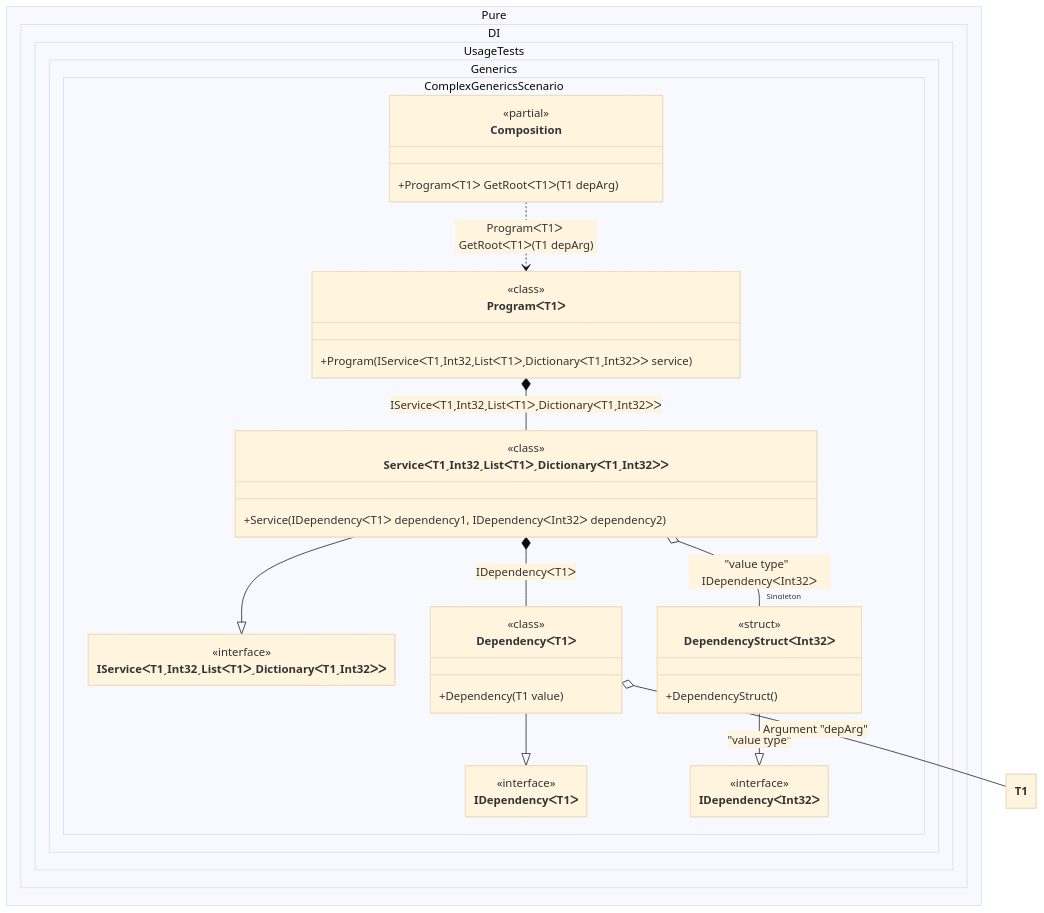
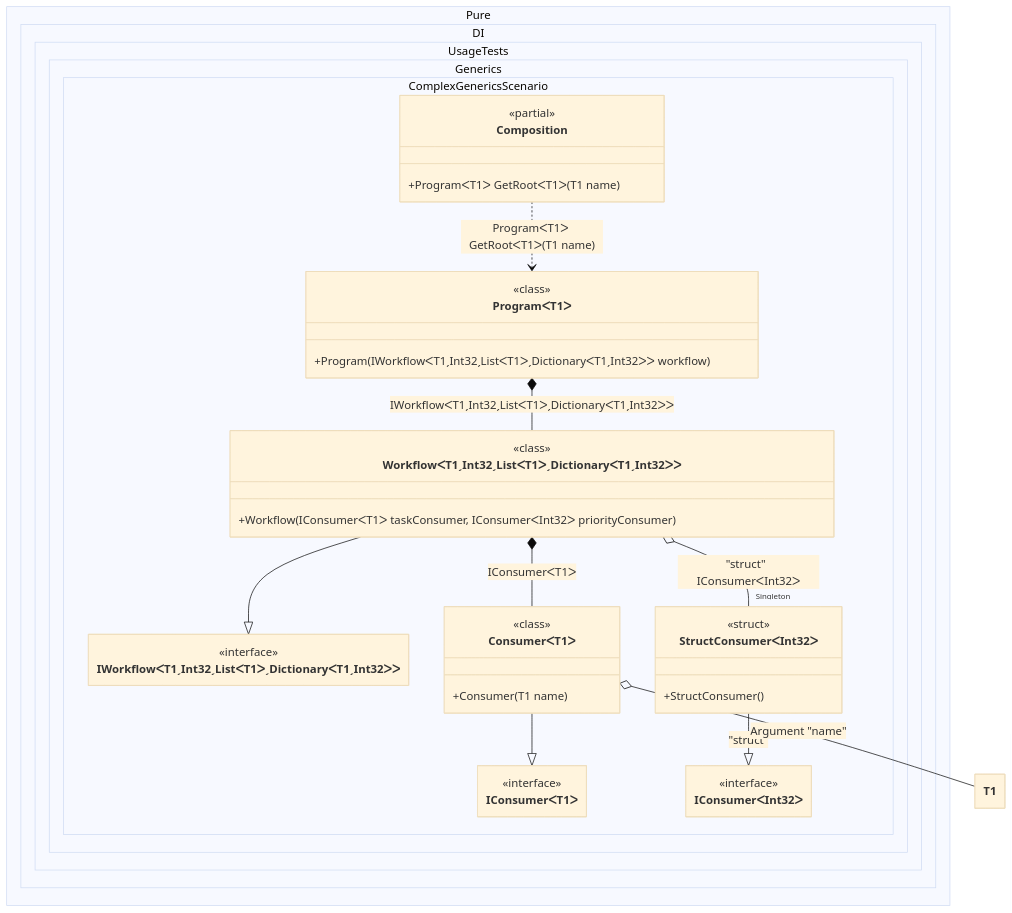
One commit to DevTeam/Pure.DI changed the diagram in readme/complex-generics.md. Above: the diagram before and after it, drawn with Mermaid (base theme). The commit also changed other lines of this file and 126 other files, not shown here.

````diff
--- a/readme/complex-generics.md
+++ b/readme/complex-generics.md
@@ -150,49 +150,49 @@
 ```mermaid
 ---
  config:
   maxTextSize: 2147483647
   maxEdges: 2147483647
   class:
    hideEmptyMembersBox: true
 ---
 classDiagram
-	ServiceᐸT1ˏInt32ˏListᐸT1ᐳˏDictionaryᐸT1ˏInt32ᐳᐳ --|> IServiceᐸT1ˏInt32ˏListᐸT1ᐳˏDictionaryᐸT1ˏInt32ᐳᐳ
-	DependencyᐸT1ᐳ --|> IDependencyᐸT1ᐳ
-	DependencyStructᐸInt32ᐳ --|> IDependencyᐸInt32ᐳ : "value type" 
-	Composition ..> ProgramᐸT1ᐳ : ProgramᐸT1ᐳ GetRootᐸT1ᐳ(T1 depArg)
-	ProgramᐸT1ᐳ *--  ServiceᐸT1ˏInt32ˏListᐸT1ᐳˏDictionaryᐸT1ˏInt32ᐳᐳ : IServiceᐸT1ˏInt32ˏListᐸT1ᐳˏDictionaryᐸT1ˏInt32ᐳᐳ
-	ServiceᐸT1ˏInt32ˏListᐸT1ᐳˏDictionaryᐸT1ˏInt32ᐳᐳ *--  DependencyᐸT1ᐳ : IDependencyᐸT1ᐳ
-	ServiceᐸT1ˏInt32ˏListᐸT1ᐳˏDictionaryᐸT1ˏInt32ᐳᐳ o-- "Singleton" DependencyStructᐸInt32ᐳ : "value type"  IDependencyᐸInt32ᐳ
-	DependencyᐸT1ᐳ o-- T1 : Argument "depArg"
+	WorkflowᐸT1ˏInt32ˏListᐸT1ᐳˏDictionaryᐸT1ˏInt32ᐳᐳ --|> IWorkflowᐸT1ˏInt32ˏListᐸT1ᐳˏDictionaryᐸT1ˏInt32ᐳᐳ
+	ConsumerᐸT1ᐳ --|> IConsumerᐸT1ᐳ
+	StructConsumerᐸInt32ᐳ --|> IConsumerᐸInt32ᐳ : "struct" 
+	Composition ..> ProgramᐸT1ᐳ : ProgramᐸT1ᐳ GetRootᐸT1ᐳ(T1 name)
+	ProgramᐸT1ᐳ *--  WorkflowᐸT1ˏInt32ˏListᐸT1ᐳˏDictionaryᐸT1ˏInt32ᐳᐳ : IWorkflowᐸT1ˏInt32ˏListᐸT1ᐳˏDictionaryᐸT1ˏInt32ᐳᐳ
+	WorkflowᐸT1ˏInt32ˏListᐸT1ᐳˏDictionaryᐸT1ˏInt32ᐳᐳ *--  ConsumerᐸT1ᐳ : IConsumerᐸT1ᐳ
+	WorkflowᐸT1ˏInt32ˏListᐸT1ᐳˏDictionaryᐸT1ˏInt32ᐳᐳ o-- "Singleton" StructConsumerᐸInt32ᐳ : "struct"  IConsumerᐸInt32ᐳ
+	ConsumerᐸT1ᐳ o-- T1 : Argument "name"
 	namespace Pure.DI.UsageTests.Generics.ComplexGenericsScenario {
 		class Composition {
 		<<partial>>
-		+ProgramᐸT1ᐳ GetRootᐸT1ᐳ(T1 depArg)
+		+ProgramᐸT1ᐳ GetRootᐸT1ᐳ(T1 name)
 		}
-		class DependencyStructᐸInt32ᐳ {
-				<<struct>>
-			+DependencyStruct()
+		class ConsumerᐸT1ᐳ {
+				<<class>>
+			+Consumer(T1 name)
 		}
-		class DependencyᐸT1ᐳ {
-				<<class>>
-			+Dependency(T1 value)
-		}
-		class IDependencyᐸInt32ᐳ {
+		class IConsumerᐸInt32ᐳ {
 			<<interface>>
 		}
-		class IDependencyᐸT1ᐳ {
+		class IConsumerᐸT1ᐳ {
 			<<interface>>
 		}
-		class IServiceᐸT1ˏInt32ˏListᐸT1ᐳˏDictionaryᐸT1ˏInt32ᐳᐳ {
+		class IWorkflowᐸT1ˏInt32ˏListᐸT1ᐳˏDictionaryᐸT1ˏInt32ᐳᐳ {
 			<<interface>>
 		}
 		class ProgramᐸT1ᐳ {
 				<<class>>
-			+Program(IServiceᐸT1ˏInt32ˏListᐸT1ᐳˏDictionaryᐸT1ˏInt32ᐳᐳ service)
+			+Program(IWorkflowᐸT1ˏInt32ˏListᐸT1ᐳˏDictionaryᐸT1ˏInt32ᐳᐳ workflow)
 		}
-		class ServiceᐸT1ˏInt32ˏListᐸT1ᐳˏDictionaryᐸT1ˏInt32ᐳᐳ {
+		class StructConsumerᐸInt32ᐳ {
+				<<struct>>
+			+StructConsumer()
+		}
+		class WorkflowᐸT1ˏInt32ˏListᐸT1ᐳˏDictionaryᐸT1ˏInt32ᐳᐳ {
 				<<class>>
-			+Service(IDependencyᐸT1ᐳ dependency1, IDependencyᐸInt32ᐳ dependency2)
+			+Workflow(IConsumerᐸT1ᐳ taskConsumer, IConsumerᐸInt32ᐳ priorityConsumer)
 		}
 	}
 ```
````
